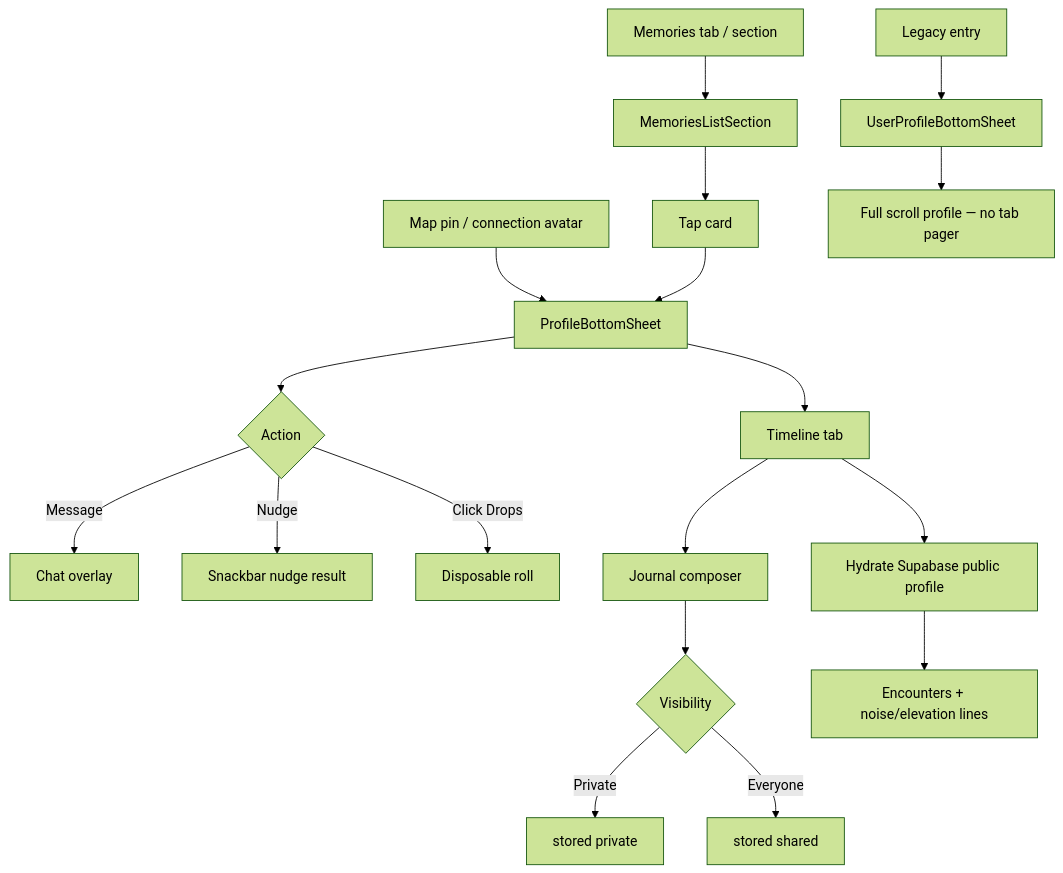
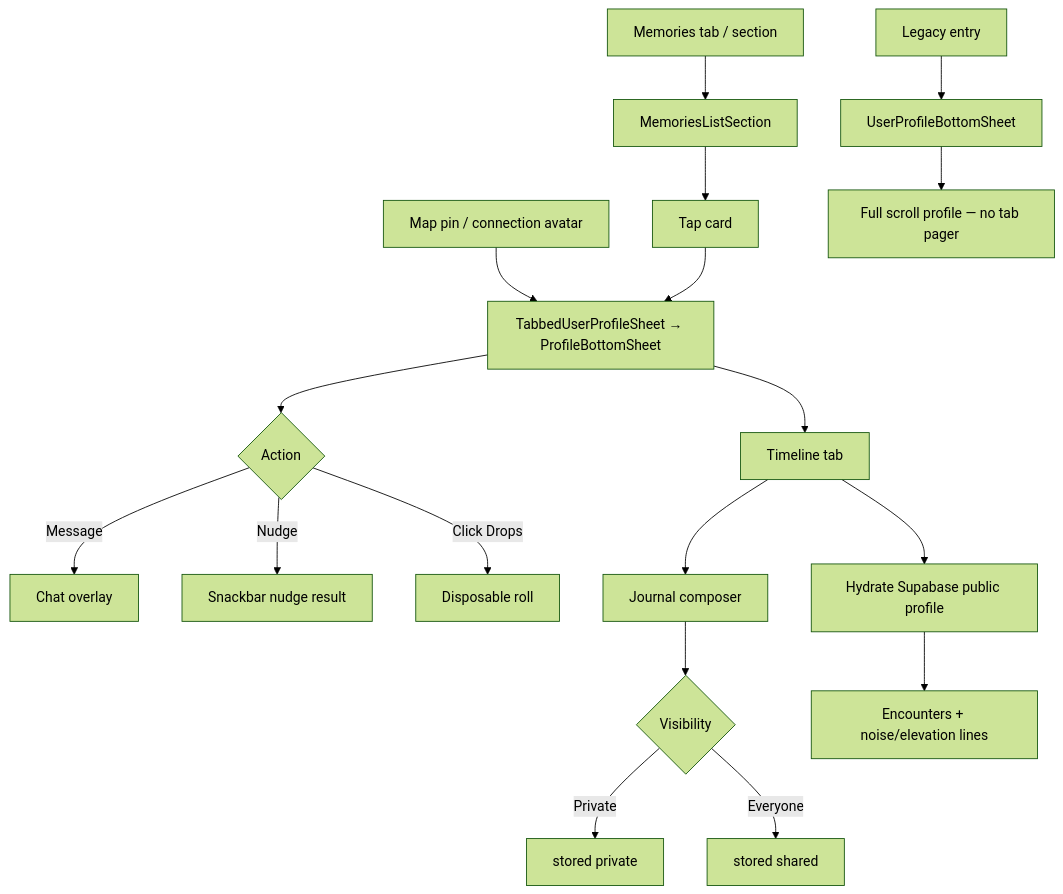
Before and after one commit to lightningbolts/click: the diagram in docs/ui-ux/mobile/12-profile-memories.md, drawn with Mermaid (forest theme). The commit also changed other lines of this file and 16 other files, not shown here.

First line of the commit message:
Rework Home pile physics and fix map profile + saved-event taps (#74)

````diff
--- a/docs/ui-ux/mobile/12-profile-memories.md
+++ b/docs/ui-ux/mobile/12-profile-memories.md
@@ -254,22 +254,22 @@
 ```mermaid
 flowchart TD
-    A[Map pin / connection avatar] --> B[ProfileBottomSheet]
+    A[Map pin / connection avatar] --> B[TabbedUserProfileSheet → ProfileBottomSheet]
     B --> C{Action}
     C -->|Message| D[Chat overlay]
     C -->|Nudge| E[Snackbar nudge result]
     C -->|Click Drops| F[Disposable roll]
     B --> G[Timeline tab]
     G --> H[Journal composer]
     H --> I{Visibility}
     I -->|Private| J[stored private]
     I -->|Everyone| K[stored shared]
     G --> L[Hydrate Supabase public profile]
     L --> M[Encounters + noise/elevation lines]
 
     N[Memories tab / section] --> O[MemoriesListSection]
     O --> P[Tap card]
     P --> B
 
     Q[Legacy entry] --> R[UserProfileBottomSheet]
     R --> S[Full scroll profile — no tab pager]
 ```
````
